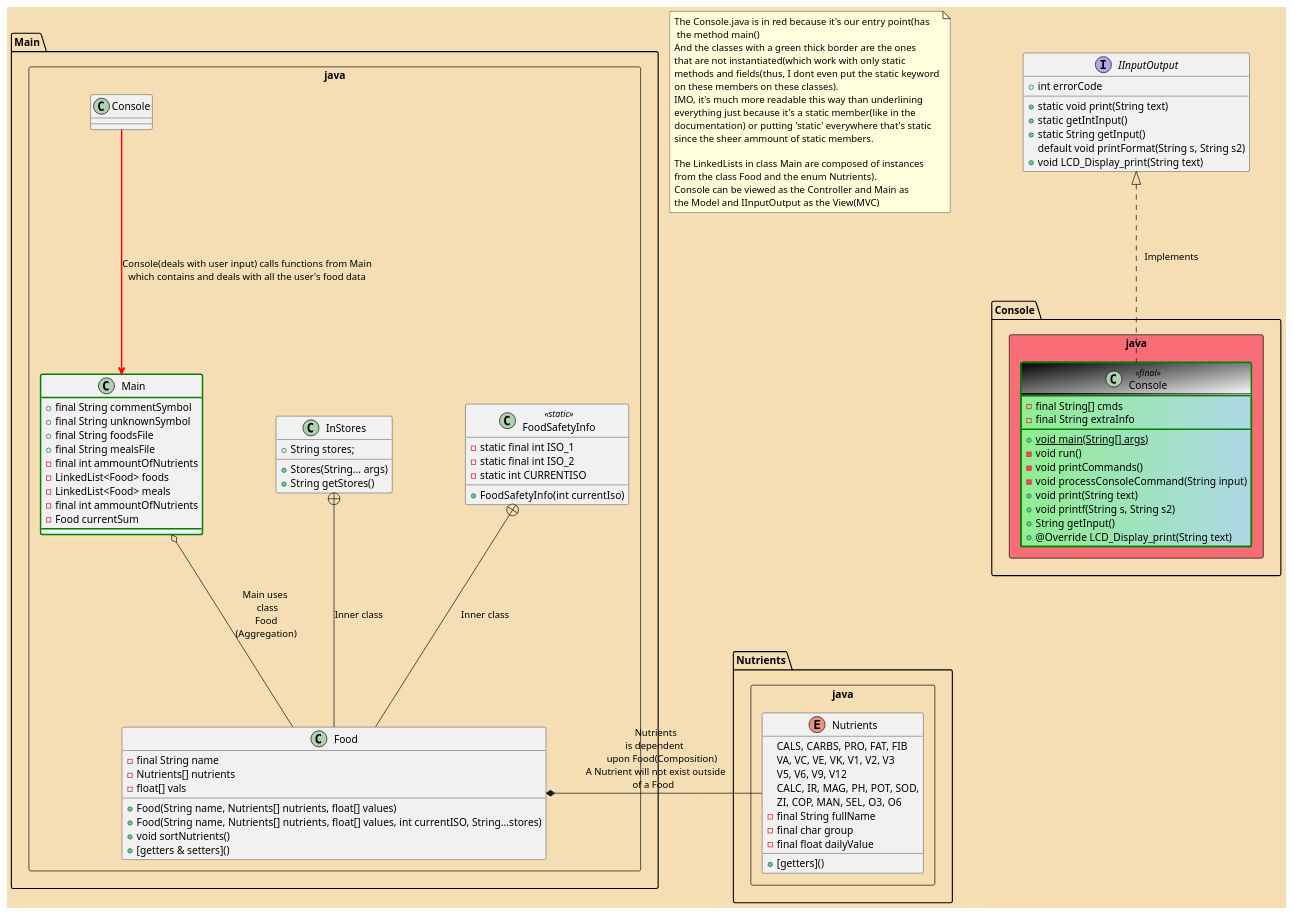
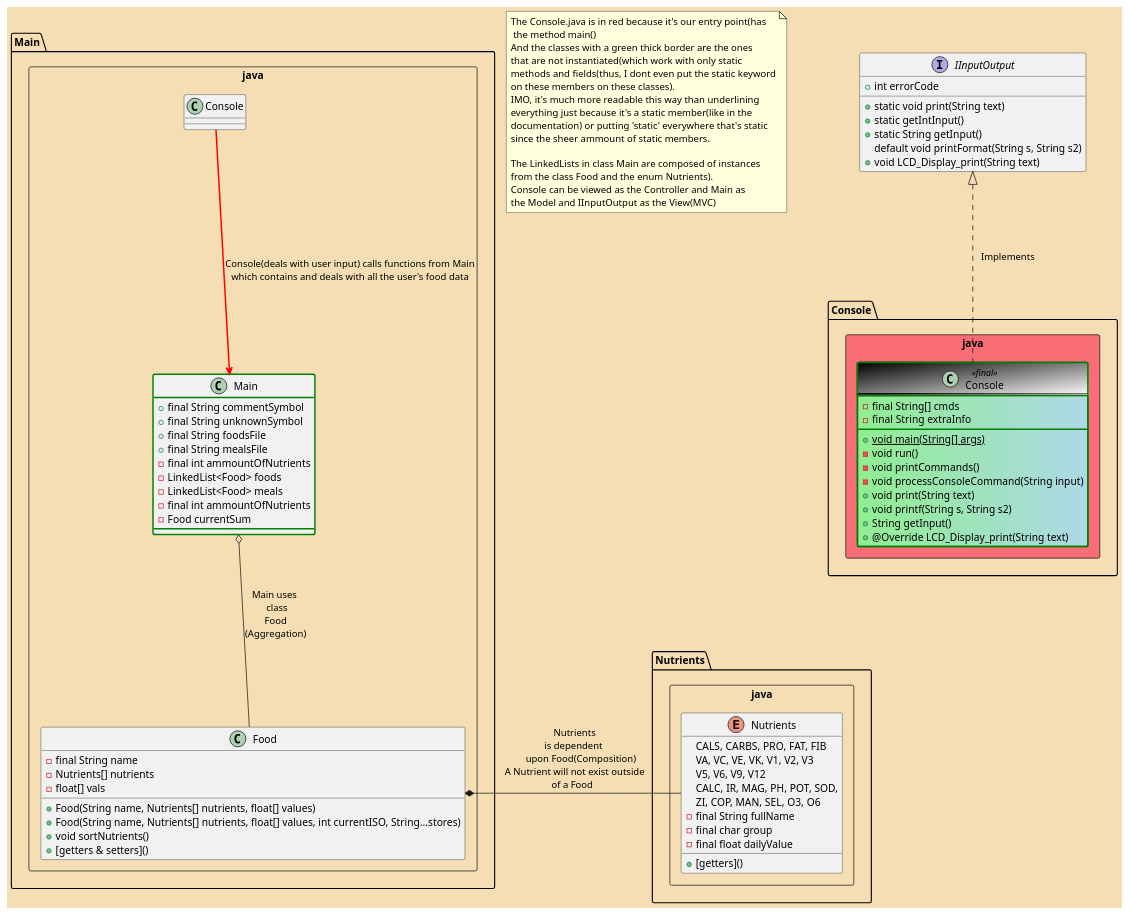
One commit to p4ulor/NutritionTracker changed the diagram in Console/NutritionTracker/src/Project.puml. Above: the diagram before and after it, drawn with PlantUML. The commit also changed 32 other files, not shown here.

```diff
--- a/Console/NutritionTracker/src/Project.puml
+++ b/Console/NutritionTracker/src/Project.puml
@@ -1,101 +1,86 @@
 @startuml
 'https://plantuml.com/class-diagram
 'https://plantuml.com/color
 'https://htmlcolorcodes.com/
 'https://forum.plantuml.net/977/change-a-distance-between-classes
 'https://www.visual-paradigm.com/guide/uml-unified-modeling-language/uml-aggregation-vs-composition/
 'No, I will not declare the fields has being-> id: int. I will type like it's in the code. It's more readable this way
 
 skinparam nodesep 100
 skinparam ranksep 100
 'reduces eye strain:
 skinparam backgroundcolor Wheat
 note "The Console.java is in red because it's our entry point(has\n the method main() \nAnd the classes with a green thick border are the ones\nthat are not instantiated(which work with only static\nmethods and fields(thus, I dont even put the static keyword\non these members on these classes).\nIMO, it's much more readable this way than underlining\neverything just because it's a static member(like in the\ndocumentation) or putting 'static' everywhere that's static\nsince the sheer ammount of static members.\n\nThe LinkedLists in class Main are composed of instances\nfrom the class Food and the enum Nutrients).\nConsole can be viewed as the Controller and Main as\nthe Model and IInputOutput as the View(MVC) " as N1
 
 interface  IInputOutput {
 + int errorCode
 + static void print(String text)
 + static getIntInput()
 + static String getInput()
 default void printFormat(String s, String s2)
 +void LCD_Display_print(String text)
 }
 
 
 package Console.java <<Rectangle>> #F96D76  {
 class Console << final >> #back:lightgreen|lightblue;header:black/white;line.bold:green {
 -final String[] cmds
 -final String extraInfo
 +{static}void main(String[] args)
 -void run()
 -void printCommands()
 -void processConsoleCommand(String input)
 +void print(String text)
 +void printf(String s, String s2)
 +String getInput()
 + @Override LCD_Display_print(String text)
 }
 IInputOutput <|.. Console : "   Implements\n\n"
 }
 
 
 package Main.java <<Rectangle>> {
 class Main #line.bold:green{
 +final String commentSymbol
 +final String unknownSymbol
 +final String foodsFile
 +final String mealsFile
 -final int ammountOfNutrients
 -LinkedList<Food> foods
 -LinkedList<Food> meals
 -final int ammountOfNutrients
 -Food currentSum
 }
 class Food {
 -final String name
 -Nutrients[] nutrients
 -float[] vals
 +Food(String name, Nutrients[] nutrients, float[] values)
 +Food(String name, Nutrients[] nutrients, float[] values, int currentISO, String...stores)
 +void sortNutrients()
 +[getters & setters]()
 }
 Main o-- Food : Main uses \n class\nFood\n(Aggregation)
 
-class FoodSafetyInfo << static >> {
--static final int ISO_1
--static final int ISO_2
--static int CURRENTISO
-+FoodSafetyInfo(int currentIso)
-}
-FoodSafetyInfo +--Food : Inner class
-
-class InStores {
-+String stores;
-+Stores(String... args)
-+String getStores()
-}
-InStores +--Food : Inner class
-
 Console --> Main #line:red;line.bold : Console(deals with user input) calls functions from Main\nwhich contains and deals with all the user's food data
 }
 
 package Nutrients.java <<Rectangle>> {
 enum Nutrients {
 CALS, CARBS, PRO, FAT, FIB
 VA, VC, VE, VK, V1, V2, V3
 V5, V6, V9, V12
 CALC, IR, MAG, PH, POT, SOD,
 ZI, COP, MAN, SEL, O3, O6
 -final String fullName
 -final char group
 -final float dailyValue
 + [getters]()
 }
 
 
 Food *-Nutrients : " Nutrients\nis dependent\n       upon Food(Composition) \n A Nutrient will not exist outside\nof a Food "
 }
 
 
 @enduml
```
